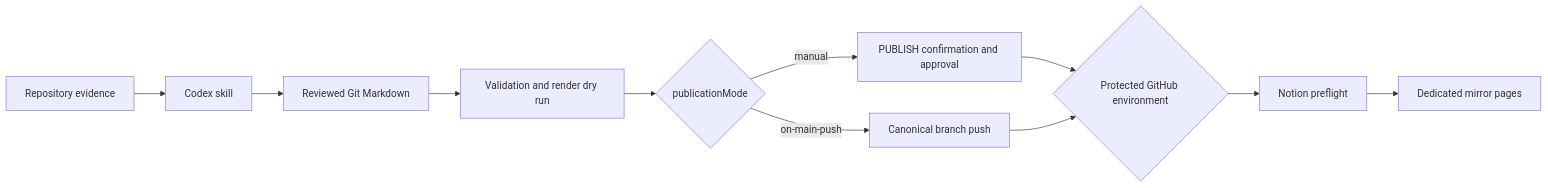
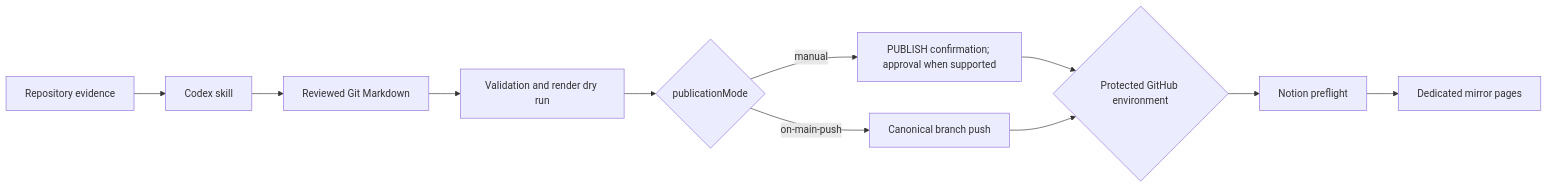
Before and after one commit to Yeon-sik/notion-project-docs: the diagram in README.md, drawn with Mermaid. The commit also changed other lines of this file and 11 other files, not shown here.

````diff
--- a/README.md
+++ b/README.md
@@ -38,13 +38,13 @@
 ```mermaid
 flowchart LR
   A["Repository evidence"] --> B["Codex skill"]
   B --> C["Reviewed Git Markdown"]
   C --> D["Validation and render dry run"]
   D --> E{"publicationMode"}
-  E -->|"manual"| F["PUBLISH confirmation and approval"]
+  E -->|"manual"| F["PUBLISH confirmation; approval when supported"]
   E -->|"on-main-push"| G["Canonical branch push"]
   F --> H{"Protected GitHub environment"}
   G --> H
   H --> I["Notion preflight"]
   I --> J["Dedicated mirror pages"]
 ```
````
